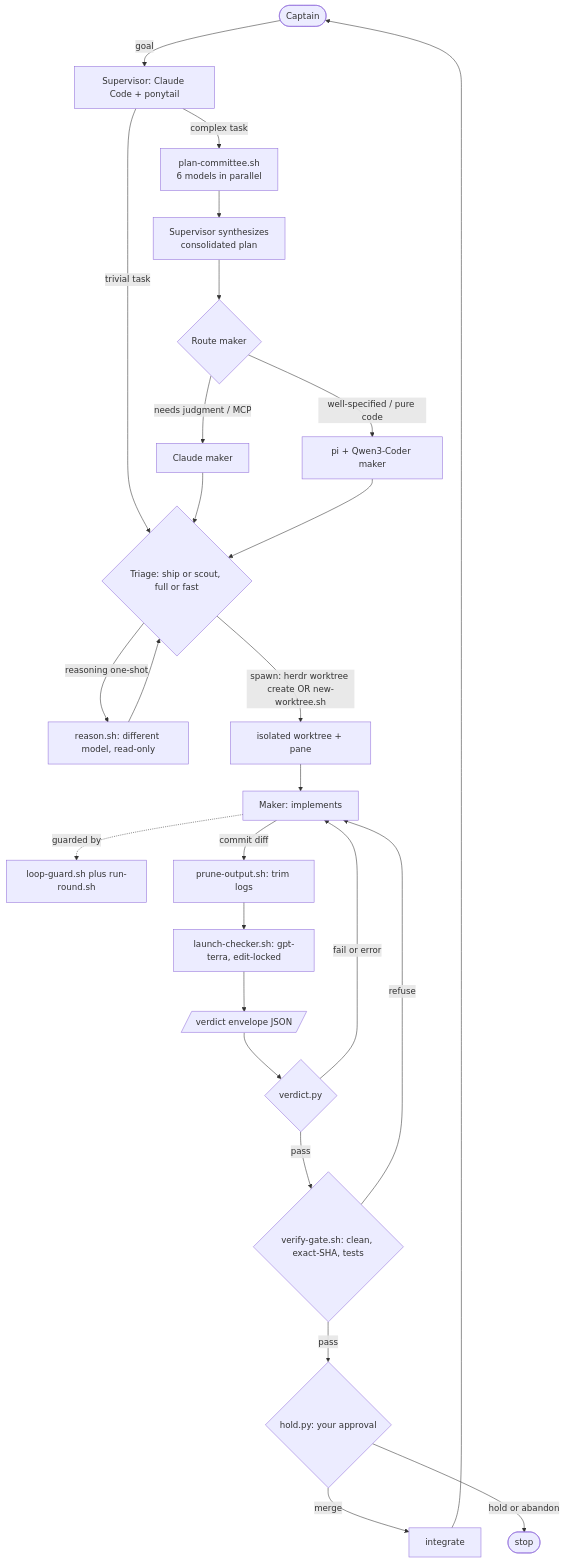
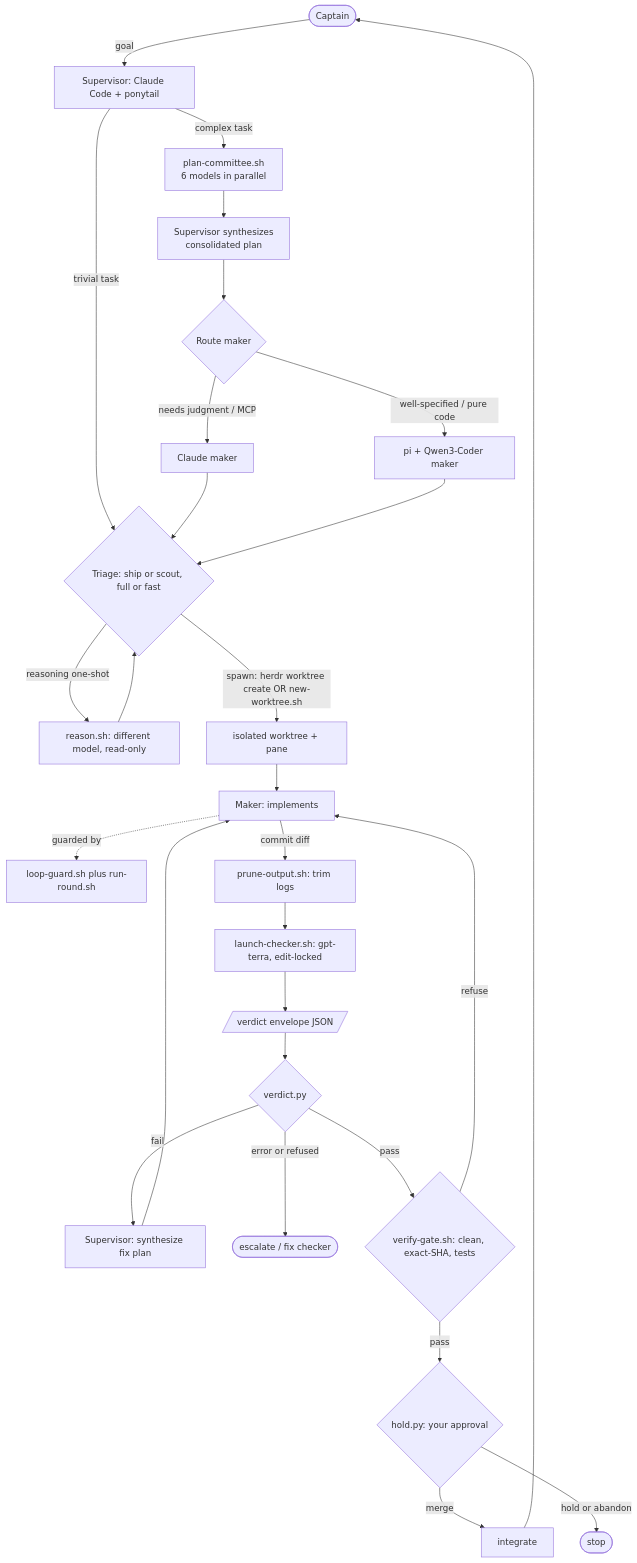
The diagram in docs/ARCHITECTURE.md (eshwarvijay/secondmate), drawn with Mermaid before and after one commit. The commit also changed 2 other files, not shown here.

Commit message:
fix: task-scoped Claude maker name, flowchart error path, eval grader contract

````diff
--- a/docs/ARCHITECTURE.md
+++ b/docs/ARCHITECTURE.md
@@ -37,28 +37,30 @@
 ```mermaid
 flowchart TD
     Cap([Captain]) -->|goal| SUP[Supervisor: Claude Code + ponytail]
     SUP -->|complex task| PC[plan-committee.sh<br/>6 models in parallel]
     PC --> SYN[Supervisor synthesizes<br/>consolidated plan]
     SYN --> ROUTE{Route maker}
     ROUTE -->|needs judgment / MCP| MKC[Claude maker]
     ROUTE -->|well-specified / pure code| MKQ[pi + Qwen3-Coder maker]
     SUP -->|trivial task| TRI
     MKC --> TRI{Triage: ship or scout, full or fast}
     MKQ --> TRI
     TRI -->|reasoning one-shot| RS[reason.sh: different model, read-only]
     RS --> TRI
     TRI -->|spawn: herdr worktree create OR new-worktree.sh| WT[isolated worktree + pane]
     WT --> MK[Maker: implements]
     MK -. guarded by .-> GD[loop-guard.sh plus run-round.sh]
     MK -->|commit diff| PR[prune-output.sh: trim logs]
     PR --> CH[launch-checker.sh: gpt-terra, edit-locked]
     CH --> EV[/verdict envelope JSON/]
     EV --> VD{verdict.py}
-    VD -->|fail or error| MK
+    VD -->|fail| S3[Supervisor: synthesize fix plan]
+    S3 --> MK
+    VD -->|error or refused| STOP2([escalate / fix checker])
     VD -->|pass| GT{verify-gate.sh: clean, exact-SHA, tests}
     GT -->|refuse| MK
     GT -->|pass| HD{hold.py: your approval}
     HD -->|merge| INT[integrate]
     HD -->|hold or abandon| STOP([stop])
     INT --> Cap
 ```
````
